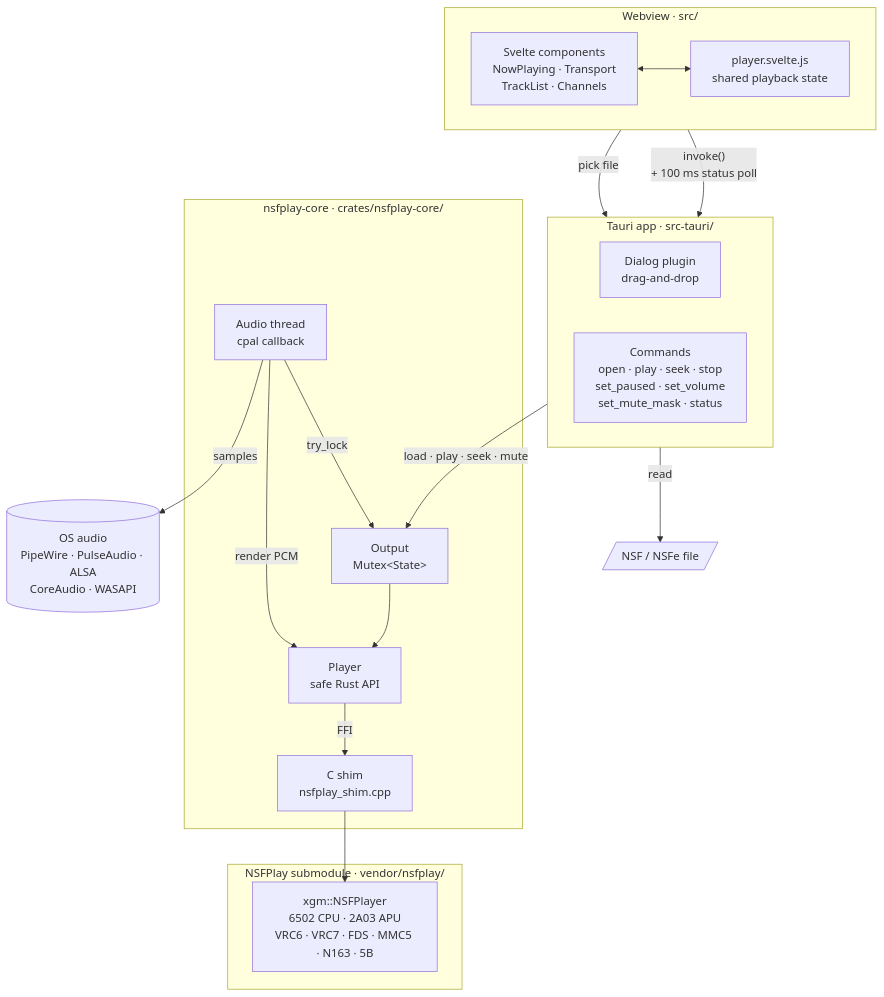
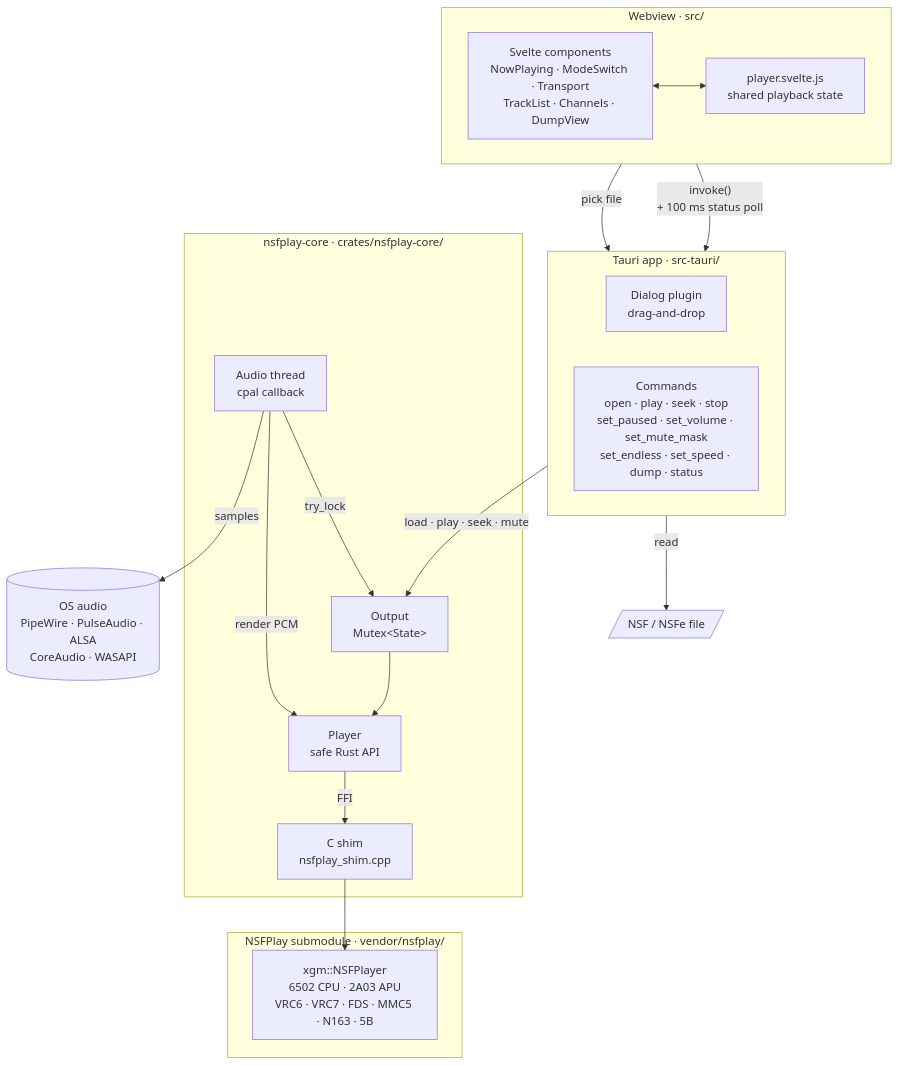
The diagram in README.md (doodle0/nsfdeck), drawn with Mermaid before and after one commit. The commit also changed other lines of this file and 10 other files, not shown here.

````diff
--- a/README.md
+++ b/README.md
@@ -15,37 +24,37 @@
 ```mermaid
 flowchart TB
     subgraph webview["Webview · src/"]
         direction LR
-        ui["Svelte components<br/>NowPlaying · Transport<br/>TrackList · Channels"] <--> store["player.svelte.js<br/>shared playback state"]
+        ui["Svelte components<br/>NowPlaying · ModeSwitch · Transport<br/>TrackList · Channels · DumpView"] <--> store["player.svelte.js<br/>shared playback state"]
     end
 
     subgraph app["Tauri app · src-tauri/"]
         direction LR
         dialog["Dialog plugin<br/>drag-and-drop"]
-        cmds["Commands<br/>open · play · seek · stop<br/>set_paused · set_volume<br/>set_mute_mask · status"]
+        cmds["Commands<br/>open · play · seek · stop<br/>set_paused · set_volume · set_mute_mask<br/>set_endless · set_speed · dump · status"]
     end
 
     subgraph core["nsfplay-core · crates/nsfplay-core/"]
         output["Output<br/>Mutex&lt;State&gt;"]
         audio["Audio thread<br/>cpal callback"]
         player["Player<br/>safe Rust API"]
         shim["C shim<br/>nsfplay_shim.cpp"]
     end
 
     subgraph nsfplay["NSFPlay submodule · vendor/nsfplay/"]
         xgm["xgm::NSFPlayer<br/>6502 CPU · 2A03 APU<br/>VRC6 · VRC7 · FDS · MMC5 · N163 · 5B"]
     end
 
     file[/"NSF / NSFe file"/]
     os[("OS audio<br/>PipeWire · PulseAudio · ALSA<br/>CoreAudio · WASAPI")]
 
     store -- "invoke()<br/>+ 100 ms status poll" --> cmds
     store -- "pick file" --> dialog
     cmds -- "read" --> file
     cmds -- "load · play · seek · mute" --> output
     output --> player
     audio -- "try_lock" --> output
     audio -- "render PCM" --> player
     player -- "FFI" --> shim --> xgm
     audio -- "samples" --> os
 ```
````
